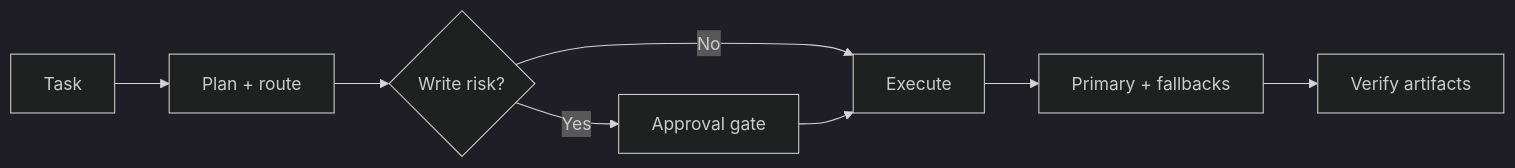
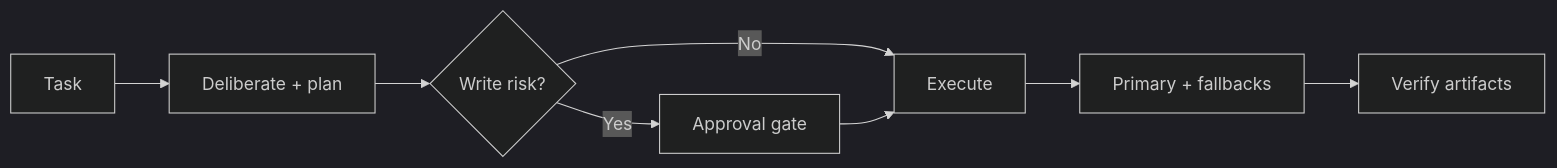
The diagram in README.md (jbellsolutions/super-browser), drawn with Mermaid (dark theme) before and after one commit. The commit also changed other lines of this file and 37 other files, not shown here.

````diff
--- a/README.md
+++ b/README.md
@@ -65,10 +93,10 @@
 ```mermaid
 flowchart LR
-  A[Task] --> B[Plan + route]
+  A[Task] --> B[Deliberate + plan]
   B --> C{Write risk?}
   C -->|Yes| D[Approval gate]
   C -->|No| E[Execute]
   D --> E
   E --> F[Primary + fallbacks]
   F --> G[Verify artifacts]
 ```
````
